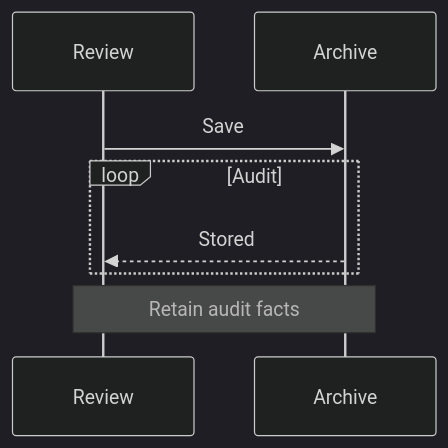
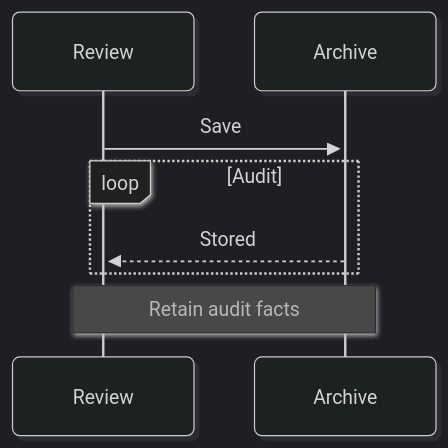
One commit to EvotecIT/ChartForgeX changed the diagram in Build/PackageConsumers/Adapters/sequence-retained-surface-shadows.mmd. Above: the diagram before and after it, drawn with Mermaid (dark theme). The commit also changed 13 other files, not shown here.

First line of the commit message:
Give Mermaid diagrams one flat connector and card language

```diff
--- a/Build/PackageConsumers/Adapters/sequence-retained-surface-shadows.mmd
+++ b/Build/PackageConsumers/Adapters/sequence-retained-surface-shadows.mmd
@@ -1,8 +1,9 @@
+%%{init: {"look": "neo"}}%%
 sequenceDiagram
 participant A as Review
 participant B as Archive
 A->>B: Save
 loop Audit
 B-->>A: Stored
 end
 Note over A,B: Retain audit facts
```
